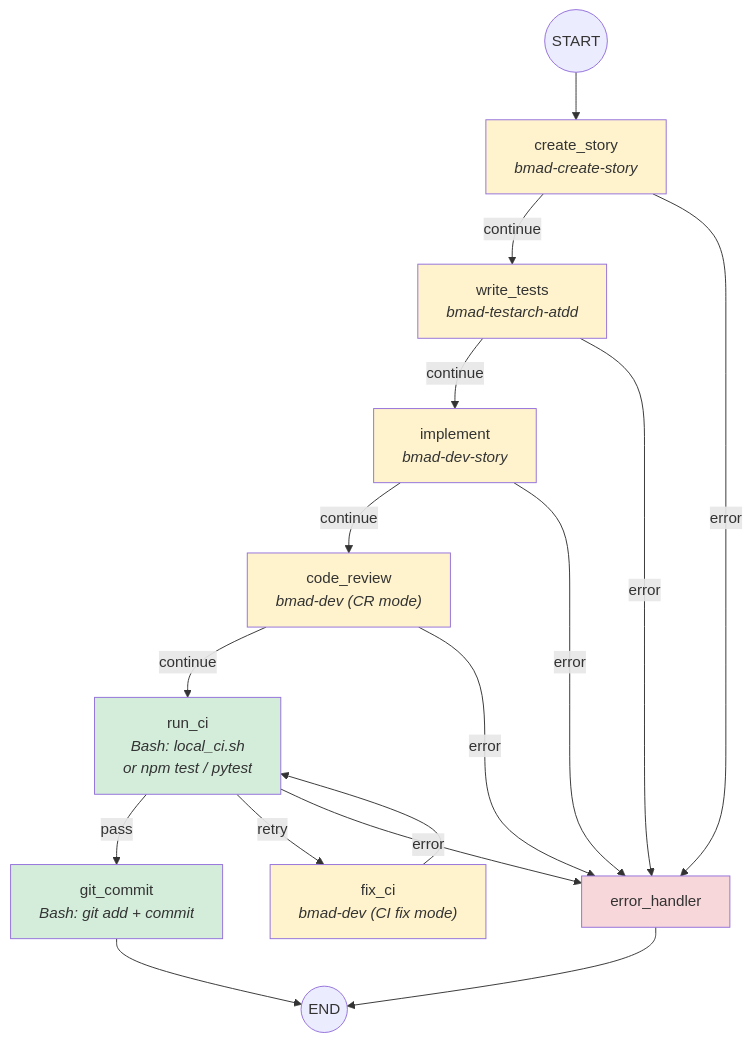
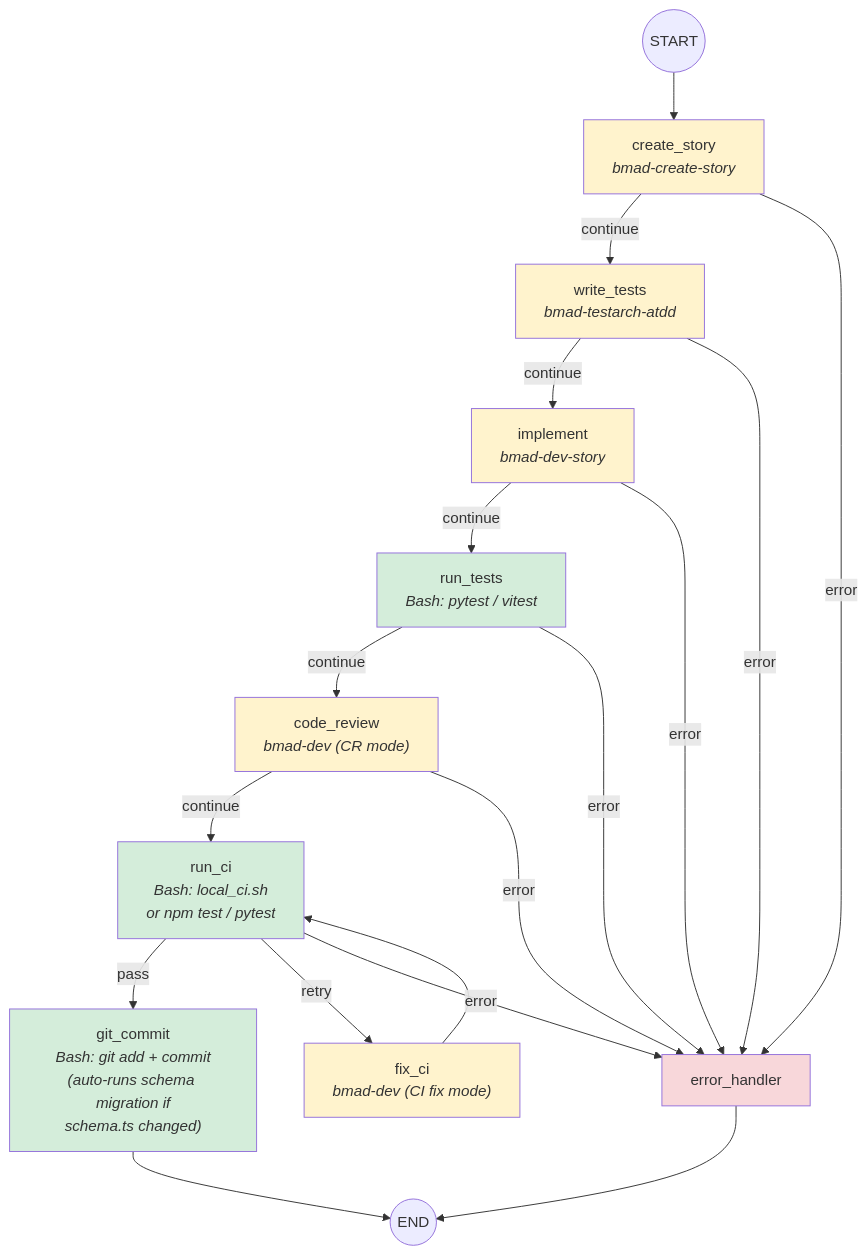
Before and after one commit to dmalcorn/shipyard: the sixth of 7 diagrams in gauntlet_docs/langgraph-diagrams.md, drawn with Mermaid. The commit also changed other lines of this file and 5 other files, not shown here.

First line of the commit message:
docs: refresh diagrams and replace stale users-guide with focused API reference

````diff
--- a/gauntlet_docs/langgraph-diagrams.md
+++ b/gauntlet_docs/langgraph-diagrams.md
@@ -240,34 +242,38 @@
 ```mermaid
 flowchart TD
     START((START)) --> CS["create_story<br/><i>bmad-create-story</i>"]
 
     CS -->|"continue"| WT["write_tests<br/><i>bmad-testarch-atdd</i>"]
     CS -->|"error"| ERR
 
     WT -->|"continue"| IM["implement<br/><i>bmad-dev-story</i>"]
     WT -->|"error"| ERR
 
-    IM -->|"continue"| CR["code_review<br/><i>bmad-dev (CR mode)</i>"]
+    IM -->|"continue"| RT["run_tests<br/><i>Bash: pytest / vitest</i>"]
     IM -->|"error"| ERR
+
+    RT -->|"continue"| CR["code_review<br/><i>bmad-dev (CR mode)</i>"]
+    RT -->|"error"| ERR
 
     CR -->|"continue"| CI["run_ci<br/><i>Bash: local_ci.sh<br/>or npm test / pytest</i>"]
     CR -->|"error"| ERR
 
-    CI -->|"pass"| GC["git_commit<br/><i>Bash: git add + commit</i>"]
+    CI -->|"pass"| GC["git_commit<br/><i>Bash: git add + commit<br/>(auto-runs schema migration if<br/>schema.ts changed)</i>"]
     CI -->|"retry"| FX["fix_ci<br/><i>bmad-dev (CI fix mode)</i>"]
     CI -->|"error"| ERR
 
     FX --> CI
 
     GC --> END((END))
     ERR[error_handler] --> END
 
     style CS fill:#fff3cd
     style WT fill:#fff3cd
     style IM fill:#fff3cd
+    style RT fill:#d4edda
     style CR fill:#fff3cd
     style FX fill:#fff3cd
     style CI fill:#d4edda
     style GC fill:#d4edda
     style ERR fill:#f8d7da
 ```
````
